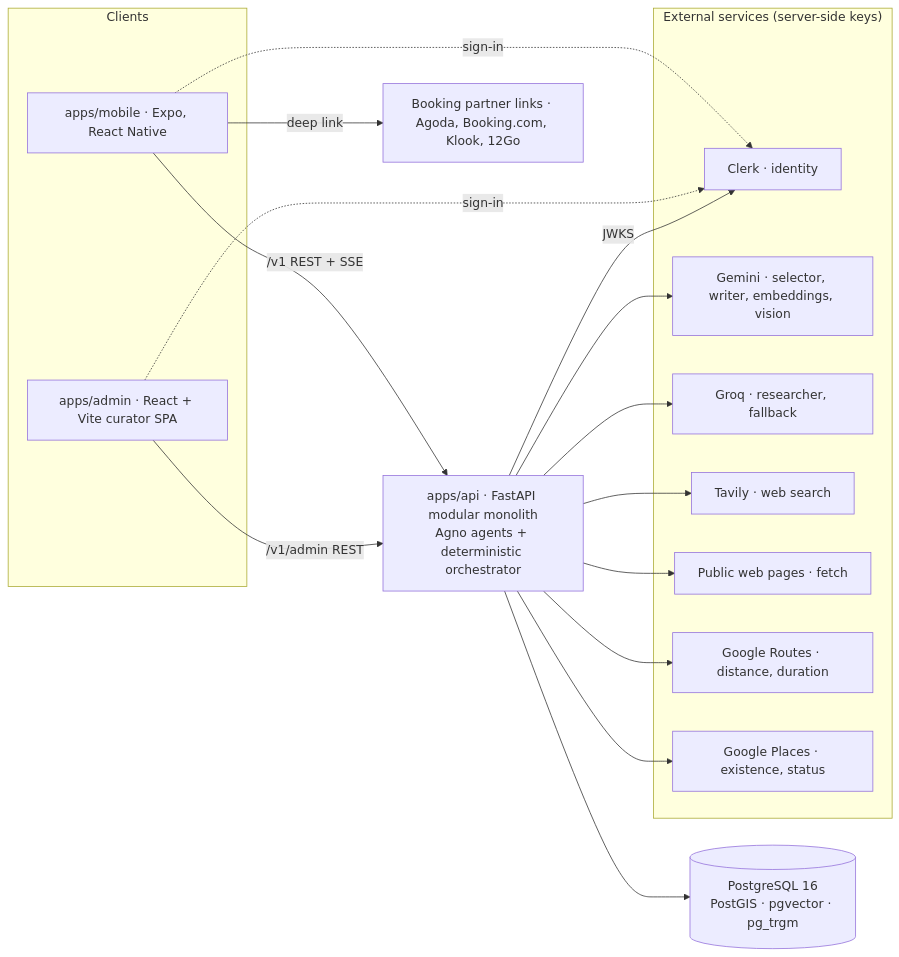
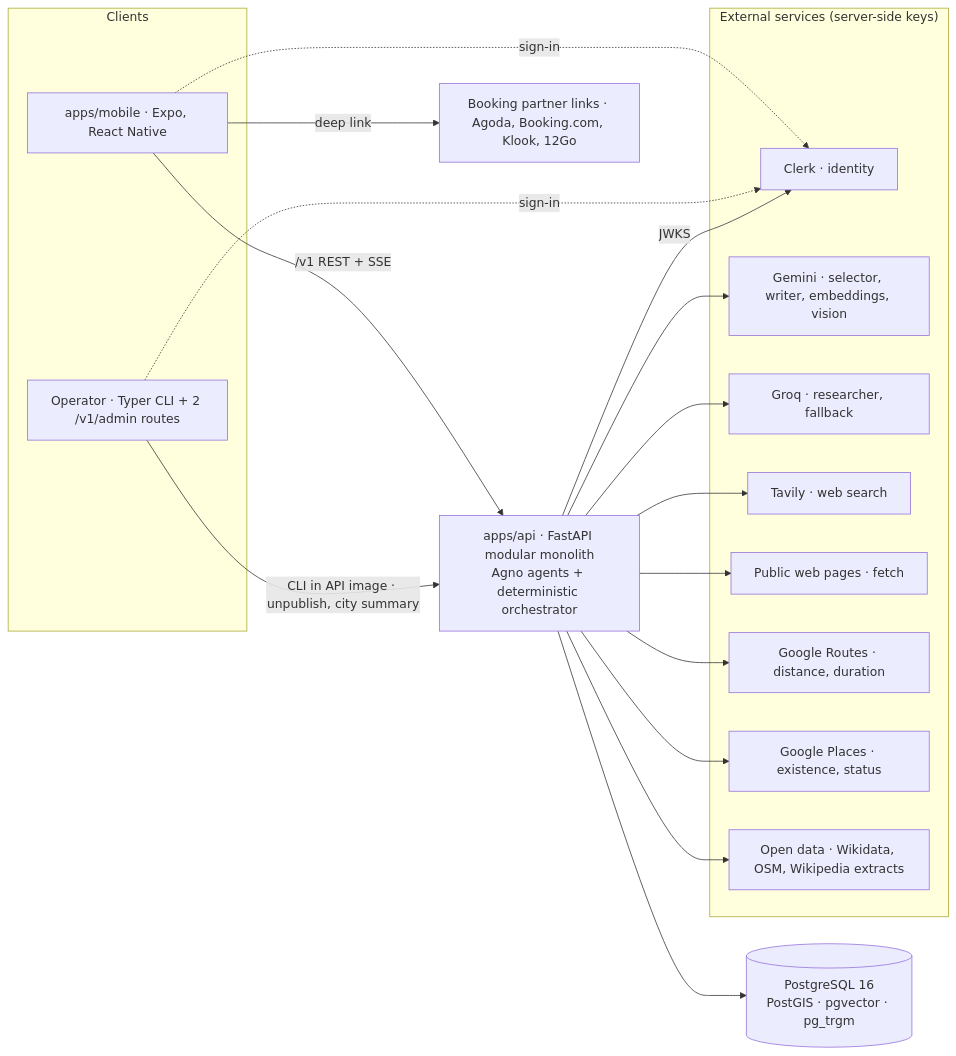
The first of 2 diagrams in docs/architecture.md (lnt-h/fyp_dana), drawn with Mermaid before and after one commit. The commit also changed other lines of this file and 19 other files, not shown here.

````diff
--- a/docs/architecture.md
+++ b/docs/architecture.md
@@ -14,26 +14,27 @@
 ```mermaid
 flowchart LR
   subgraph clients["Clients"]
     MOB["apps/mobile · Expo, React Native"]
-    ADM["apps/admin · React + Vite curator SPA"]
+    OPS["Operator · Typer CLI + 2 /v1/admin routes"]
   end
   API["apps/api · FastAPI modular monolith<br/>Agno agents + deterministic orchestrator"]
   DB[("PostgreSQL 16<br/>PostGIS · pgvector · pg_trgm")]
   subgraph ext["External services (server-side keys)"]
     CLERK["Clerk · identity"]
     GEM["Gemini · selector, writer, embeddings, vision"]
     GROQ["Groq · researcher, fallback"]
     TAV["Tavily · web search"]
     WEB["Public web pages · fetch"]
     ROUTES["Google Routes · distance, duration"]
     PLACES["Google Places · existence, status"]
+    OD["Open data · Wikidata, OSM, Wikipedia extracts"]
   end
   PART["Booking partner links · Agoda, Booking.com, Klook, 12Go"]
   MOB -->|"/v1 REST + SSE"| API
-  ADM -->|"/v1/admin REST"| API
+  OPS -->|"CLI in API image · unpublish, city summary"| API
   MOB -->|"deep link"| PART
-  MOB & ADM -.->|"sign-in"| CLERK
+  MOB & OPS -.->|"sign-in"| CLERK
   API -->|"JWKS"| CLERK
   API --> DB
-  API --> GEM & GROQ & TAV & WEB & ROUTES & PLACES
+  API --> GEM & GROQ & TAV & WEB & ROUTES & PLACES & OD
 ```
````
